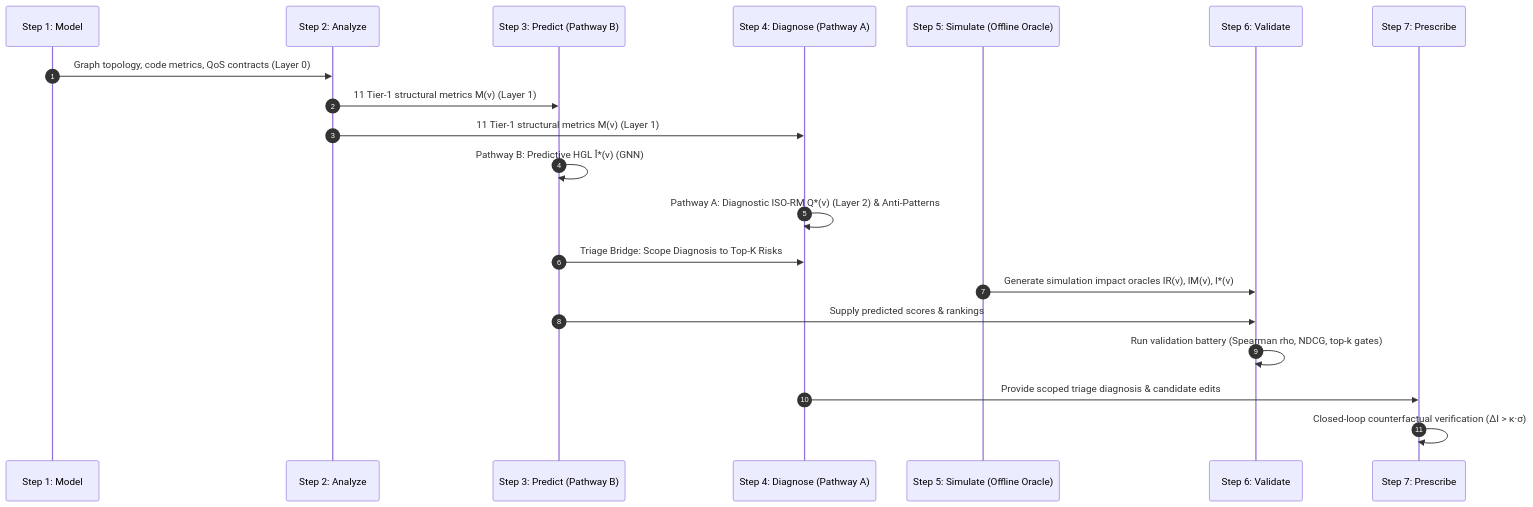
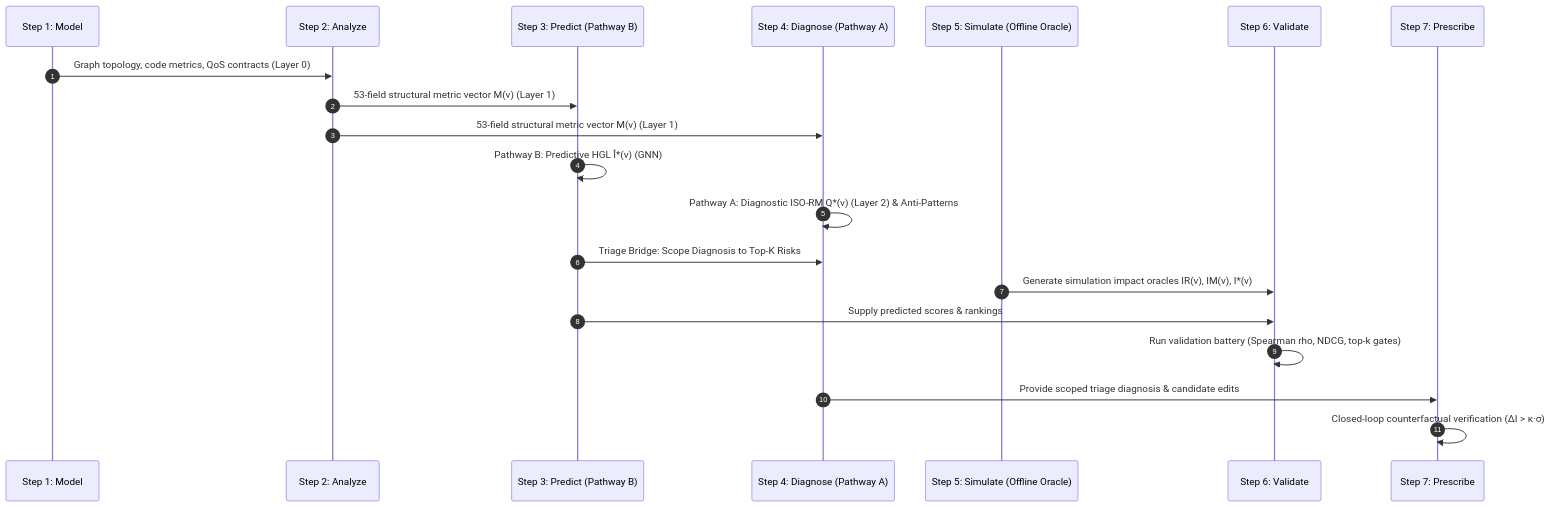
One commit to onuralpyigit/software-as-a-graph changed the fifth of 5 diagrams in docs/quality-model.md. Above: the diagram before and after it, drawn with Mermaid. The commit also changed 13 other files, not shown here.

````diff
--- a/docs/quality-model.md
+++ b/docs/quality-model.md
@@ -620,23 +620,23 @@
 ```mermaid
 sequenceDiagram
     autonumber
     participant M as Step 1: Model
     participant A as Step 2: Analyze
     participant P as Step 3: Predict (Pathway B)
     participant D as Step 4: Diagnose (Pathway A)
     participant S as Step 5: Simulate (Offline Oracle)
     participant V as Step 6: Validate
     participant Rx as Step 7: Prescribe
 
     M->>A: Graph topology, code metrics, QoS contracts (Layer 0)
-    A->>P: 11 Tier-1 structural metrics M(v) (Layer 1)
-    A->>D: 11 Tier-1 structural metrics M(v) (Layer 1)
+    A->>P: 53-field structural metric vector M(v) (Layer 1)
+    A->>D: 53-field structural metric vector M(v) (Layer 1)
     P->>P: Pathway B: Predictive HGL Î*(v) (GNN)
     D->>D: Pathway A: Diagnostic ISO-RM Q*(v) (Layer 2) & Anti-Patterns
     P->>D: Triage Bridge: Scope Diagnosis to Top-K Risks
     S->>V: Generate simulation impact oracles IR(v), IM(v), I*(v)
     P->>V: Supply predicted scores & rankings
     V->>V: Run validation battery (Spearman rho, NDCG, top-k gates)
     D->>Rx: Provide scoped triage diagnosis & candidate edits
     Rx->>Rx: Closed-loop counterfactual verification (ΔI > κ·σ)
 ```
````
